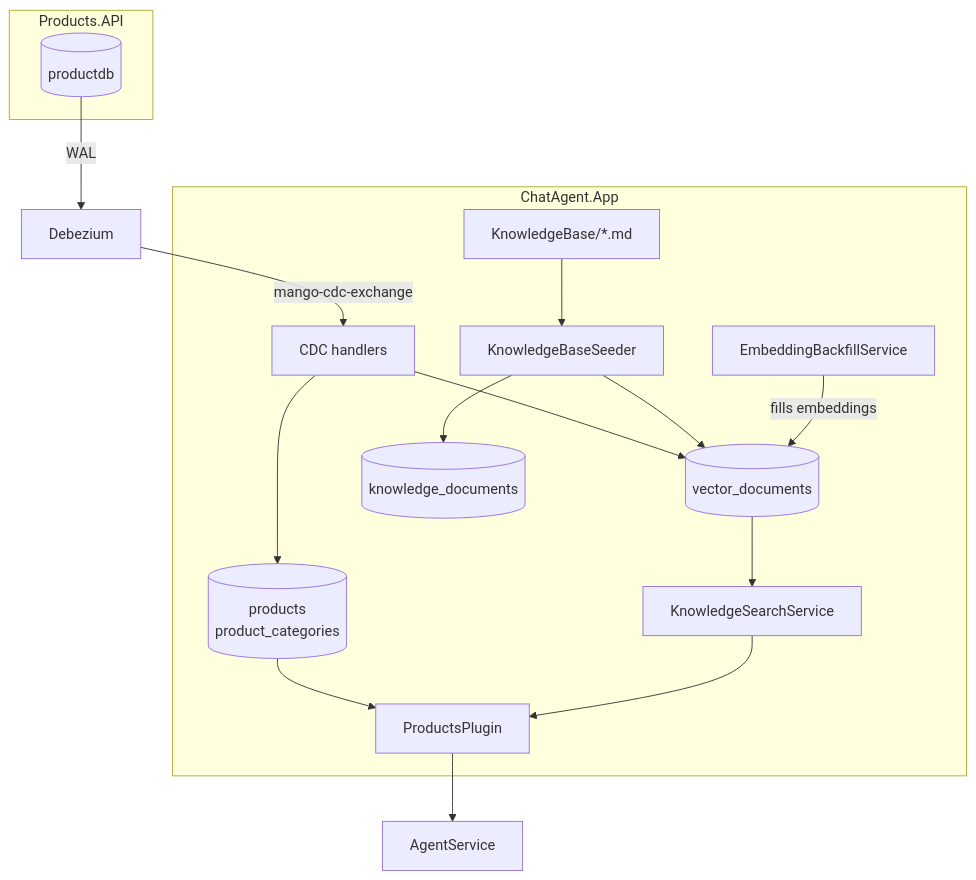
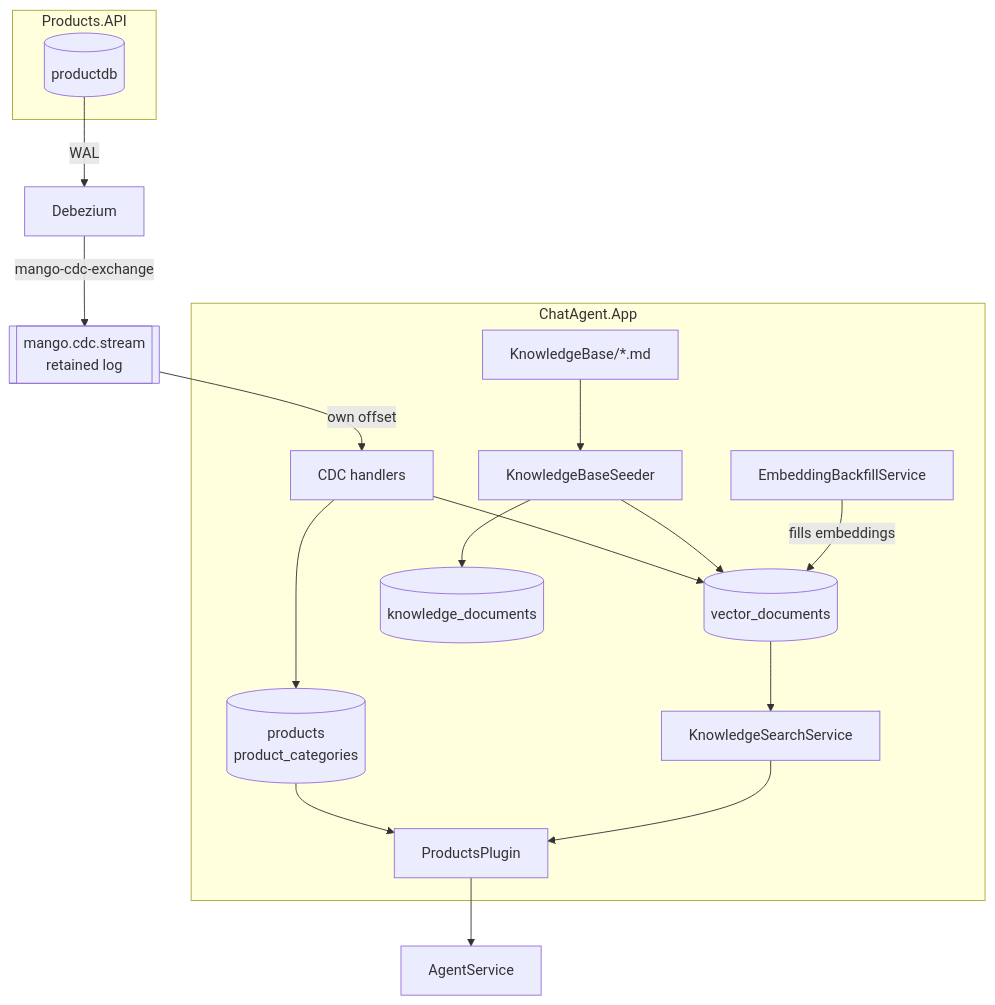
The first of 2 diagrams in docs/CHAT_AGENT_RAG.md (haidang9b/MangoAspire), drawn with Mermaid before and after one commit. The commit also changed other lines of this file and 54 other files, not shown here.

First line of the commit message:
feat(cdc): migrate to replayable RabbitMQ stream log (#34)

````diff
--- a/docs/CHAT_AGENT_RAG.md
+++ b/docs/CHAT_AGENT_RAG.md
@@ -19,25 +19,26 @@
 ```mermaid
 flowchart TB
     subgraph Products["Products.API"]
         PDB[(productdb)]
     end
 
-    Deb[Debezium] -->|mango-cdc-exchange| Handlers
+    Deb[Debezium] -->|mango-cdc-exchange| Log[["mango.cdc.stream<br/>retained log"]]
+    Log -->|own offset| Handlers
     PDB -->|WAL| Deb
 
     subgraph ChatAgent["ChatAgent.App"]
         Handlers[CDC handlers] --> Mirror[(products<br/>product_categories)]
         Handlers --> Index[(vector_documents)]
 
         MD[KnowledgeBase/*.md] --> Seeder[KnowledgeBaseSeeder]
         Seeder --> Ledger[(knowledge_documents)]
         Seeder --> Index
 
         Backfill[EmbeddingBackfillService] -->|fills embeddings| Index
         Index --> Search[KnowledgeSearchService]
         Mirror --> Plugin[ProductsPlugin]
         Search --> Plugin
     end
 
     Plugin --> Agent[AgentService]
 ```
````
